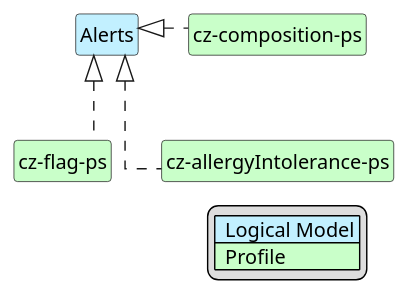
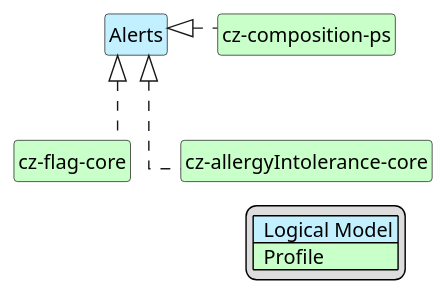
One commit to HL7-cz/ps changed the diagram in input/images-source/PS_Alerts-map.plantuml. Above: the diagram before and after it, drawn with PlantUML. The commit also changed 11 other files, not shown here.

```diff
--- a/input/images-source/PS_Alerts-map.plantuml
+++ b/input/images-source/PS_Alerts-map.plantuml
@@ -1,33 +1,33 @@
 @startuml PS_Alerts-map
 hide circle
 hide stereotype
 hide members
 hide methods
 skinparam linetype ortho
 skinparam class {
 BackgroundColor<<LogicalModel>> #APPLICATION
 BackgroundColor<<Profile>> #TECHNOLOGY
 }
 legend right
 | <#APPLICATION>  Logical Model |
 | <#TECHNOLOGY>  Profile |
 endlegend
 class "Alerts" <<LogicalModel>> [[StructureDefinition-LogAlertsCzEn.html]]
 ' note top #PaleTurquoise [[ConceptMap-alerts2FHIR-cz-ps.html]]
 ' Concept Map
 ' endnote
 ' --- Profiles mapping Alerts ---
 class "cz-composition-ps" <<Profile>> [[StructureDefinition-cz-composition-ps.html]]
-class "cz-allergyIntolerance-ps" <<Profile>> [[StructureDefinition-cz-allergyIntolerance-ps.html]]
-class "cz-flag-ps" <<Profile>> [[StructureDefinition-cz-flag-ps.html]]
+class "cz-allergyIntolerance-core" <<Profile>> [[https://build.fhir.org/ig/HL7-cz/cz-core/StructureDefinition-cz-allergyIntolerance.html]]
+class "cz-flag-core" <<Profile>> [[https://build.fhir.org/ig/HL7-cz/cz-core/StructureDefinition-flag-patient-cz-core.html]]
 
 ' --- Realization links ---
 "Alerts" <|. "cz-composition-ps"
-"Alerts" <|. "cz-allergyIntolerance-ps"
-"Alerts" <|. "cz-flag-ps"
+"Alerts" <|. "cz-allergyIntolerance-core"
+"Alerts" <|. "cz-flag-core"
 
 ' ' (volitelné – skryté vazby jen pro rozložení v diagramu)
-"cz-allergyIntolerance-ps" -d[hidden]-> "cz-composition-ps"
-"cz-composition-ps" -d[hidden]-> "cz-allergyIntolerance-ps"
-"cz-composition-ps" -d[hidden]-> "cz-flag-ps"
+"cz-allergyIntolerance-core" -d[hidden]-> "cz-composition-ps"
+"cz-composition-ps" -d[hidden]-> "cz-allergyIntolerance-core"
+"cz-composition-ps" -d[hidden]-> "cz-flag-core"
 @enduml
```
